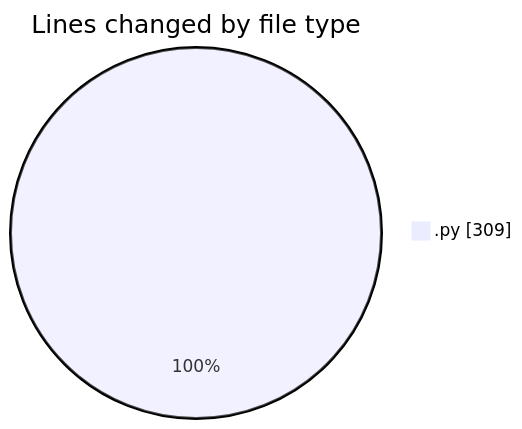
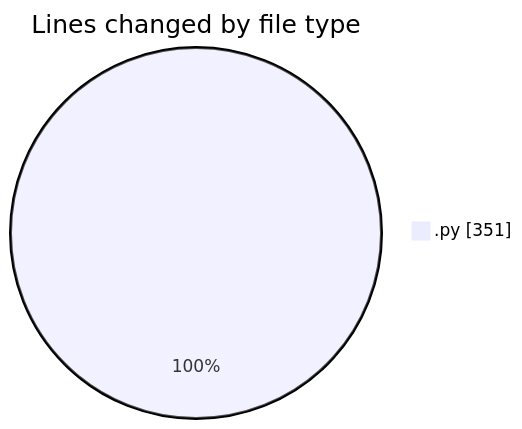
One commit to momahboobian/code-tracking changed the first of 2 diagrams in 2025-03-25/samplepdf/README.md. Above: the diagram before and after it, drawn with Mermaid. The commit also changed other lines of this file and 1 other file, not shown here.

````diff
--- a/2025-03-25/samplepdf/README.md
+++ b/2025-03-25/samplepdf/README.md
@@ -21,5 +22,5 @@
 ```mermaid
 pie showData
 title Lines changed by file type
-".py" : 309
+".py" : 351
 ```
````
